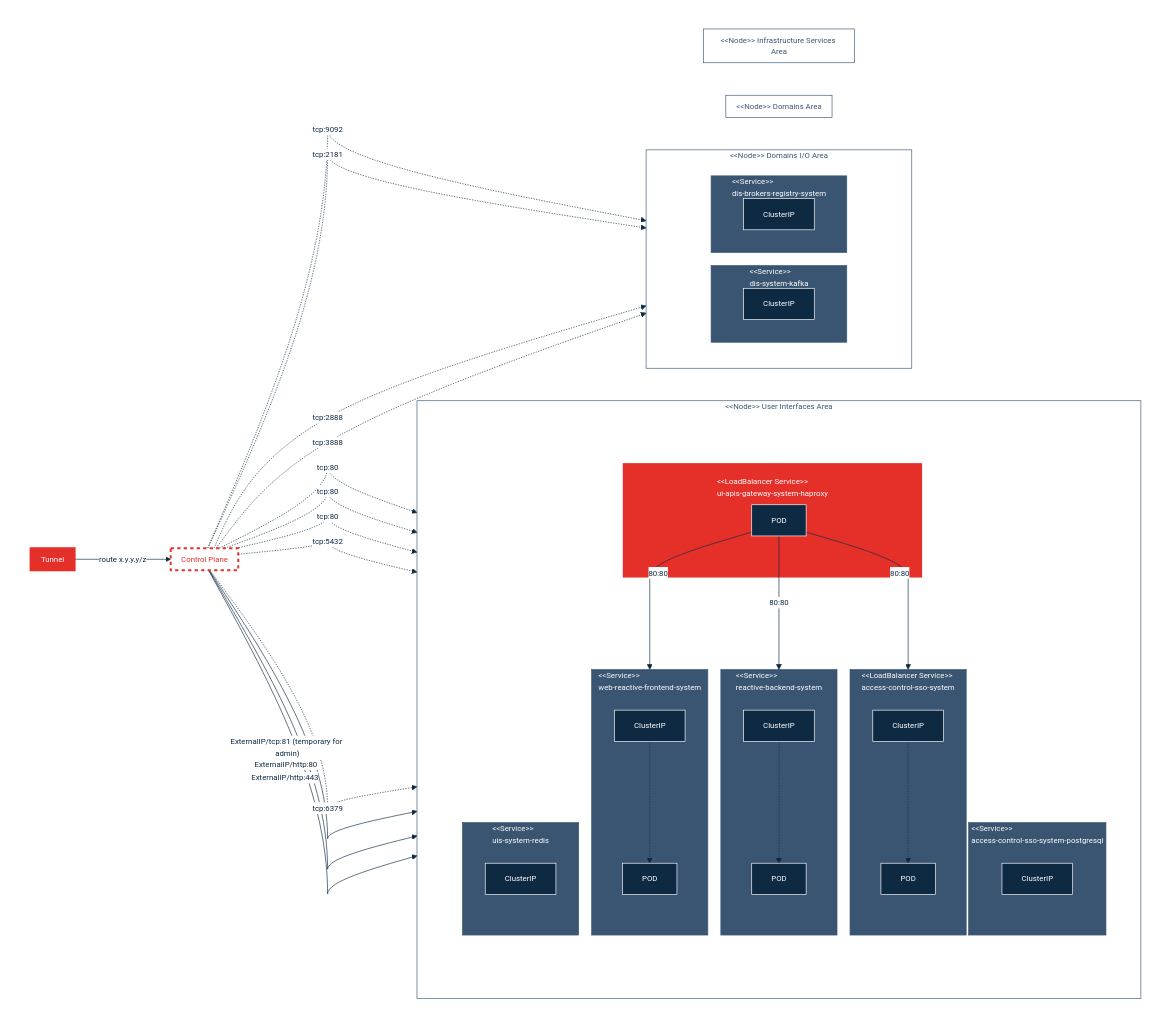
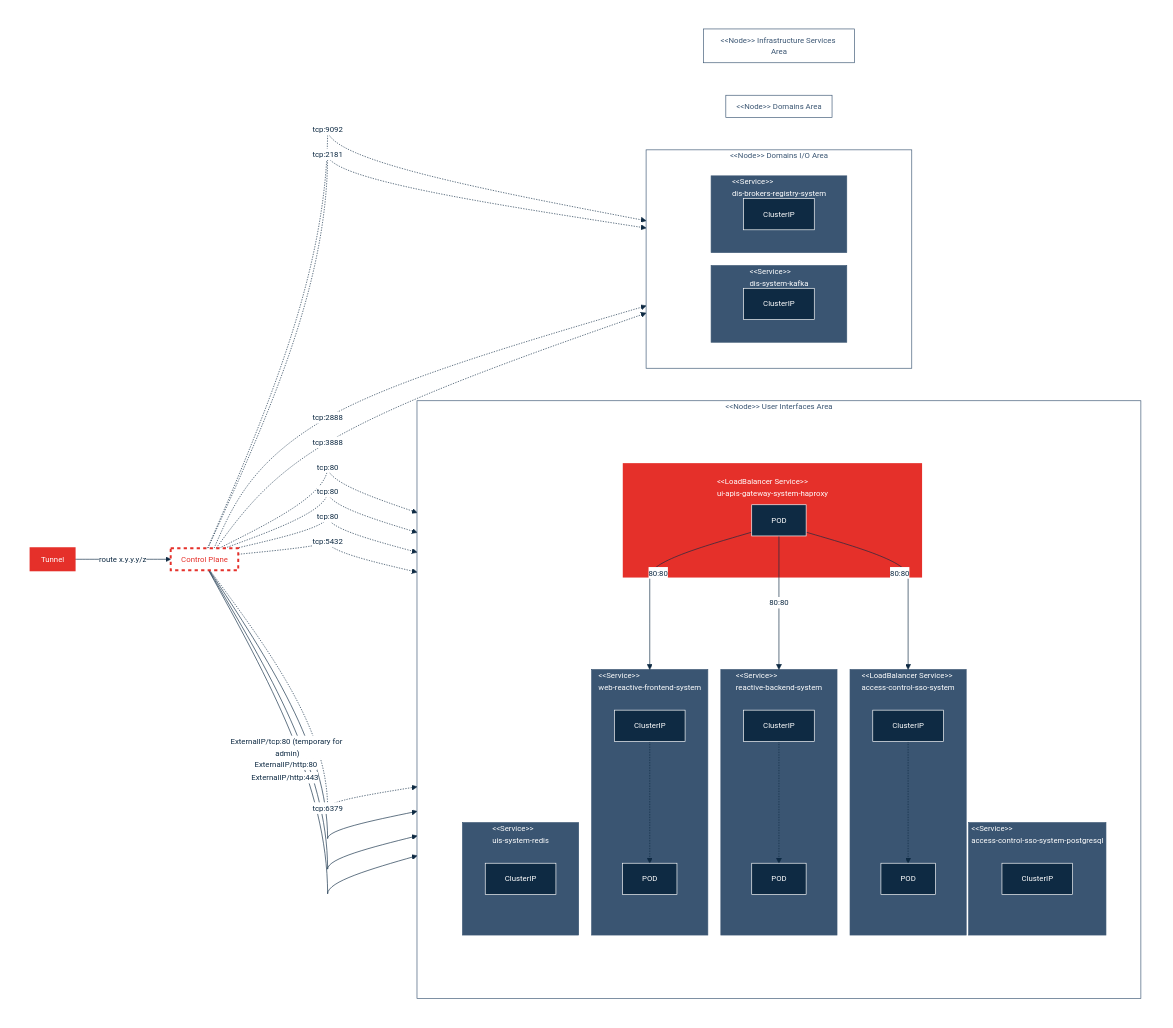
The diagram in implementations-line/systems/README.md (cybnity/foundation), drawn with Mermaid before and after one commit.

```diff
--- a/implementations-line/systems/README.md
+++ b/implementations-line/systems/README.md
@@ -160,7 +160,7 @@
   podproxy1 -- "80:80" --> service2
   controlplane -. "tcp:80" .-> clusterip4 -.-> pod2
   controlplane -. "tcp:80" .-> clusterip7 -.-> pod3
-  controlplane -- "ExternalIP/tcp:81 (temporary for admin)" --> service3
+  controlplane -- "ExternalIP/tcp:80 (temporary for admin)" --> service3
   podproxy1 -- "80:80" --> service3
   controlplane -. "tcp:5432" .-> clusterip2
   controlplane -. "tcp:6379" .-> clusterip3
```
